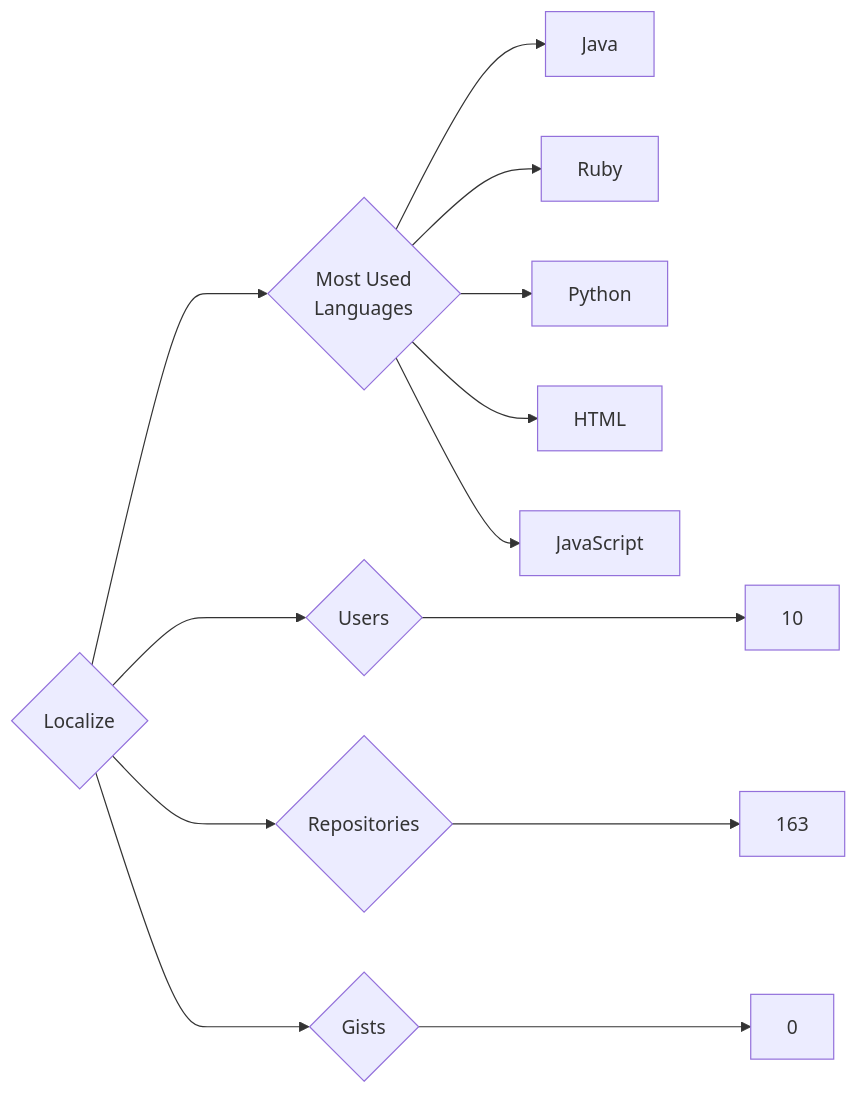
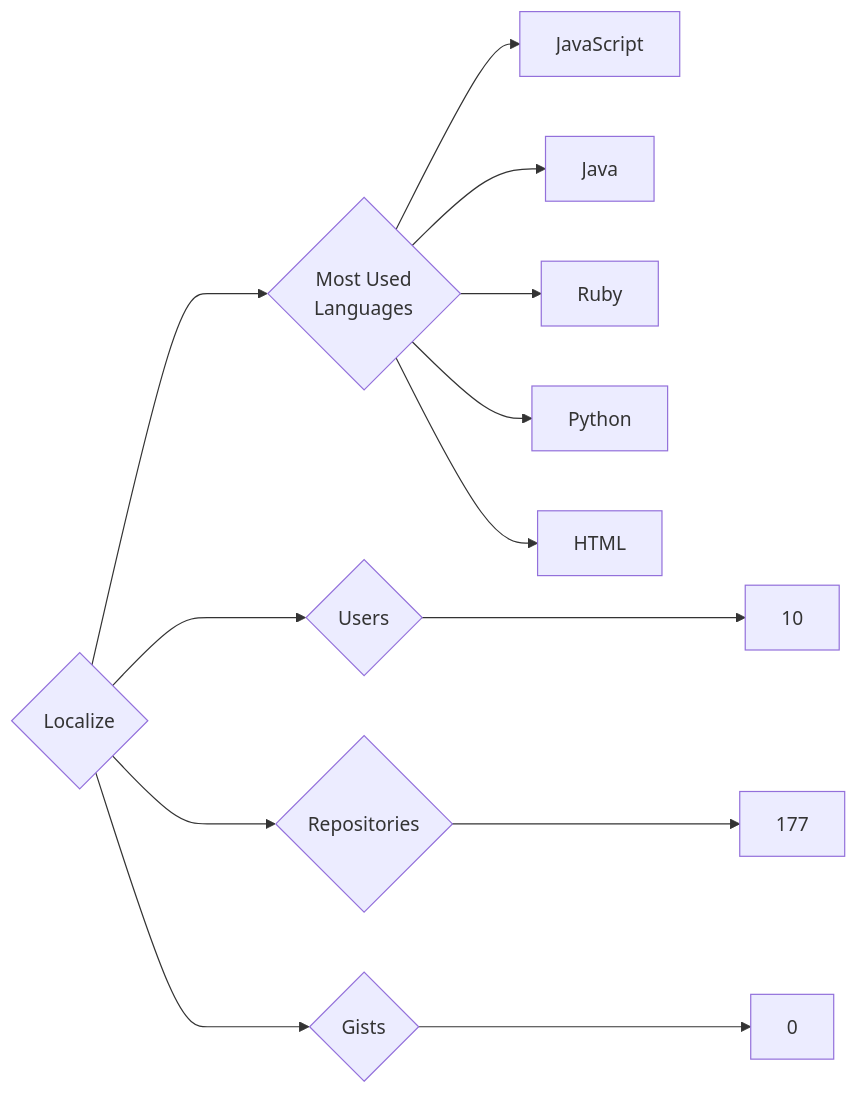
The diagram in targets/Localize/README.md (trickest/insiders), drawn with Mermaid before and after one commit. The commit also changed 951 other files, not shown here.

````diff
--- a/targets/Localize/README.md
+++ b/targets/Localize/README.md
@@ -3,13 +3,13 @@
 ```mermaid
 graph LR
 COMPANY_NAME{Localize}
 COMPANY_NAME ---> U{Users} ---> UN[10]
-COMPANY_NAME ---> R{Repositories} ---> RN[163]
+COMPANY_NAME ---> R{Repositories} ---> RN[177]
 COMPANY_NAME ---> G{Gists} ---> GN[0]
 COMPANY_NAME ---> ML{Most Used<br>Languages}
+ML --> JavaScript[JavaScript]
 ML --> Java[Java]
 ML --> Ruby[Ruby]
 ML --> Python[Python]
 ML --> HTML[HTML]
-ML --> JavaScript[JavaScript]
 ```
````
